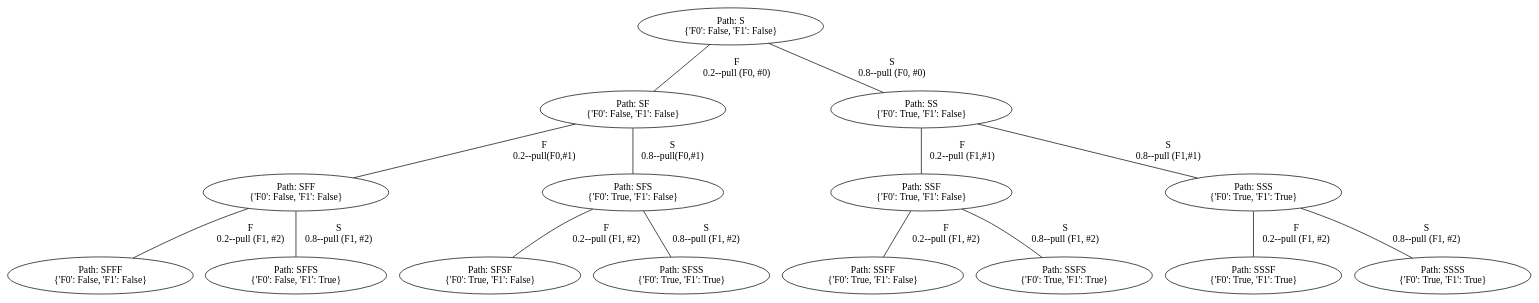
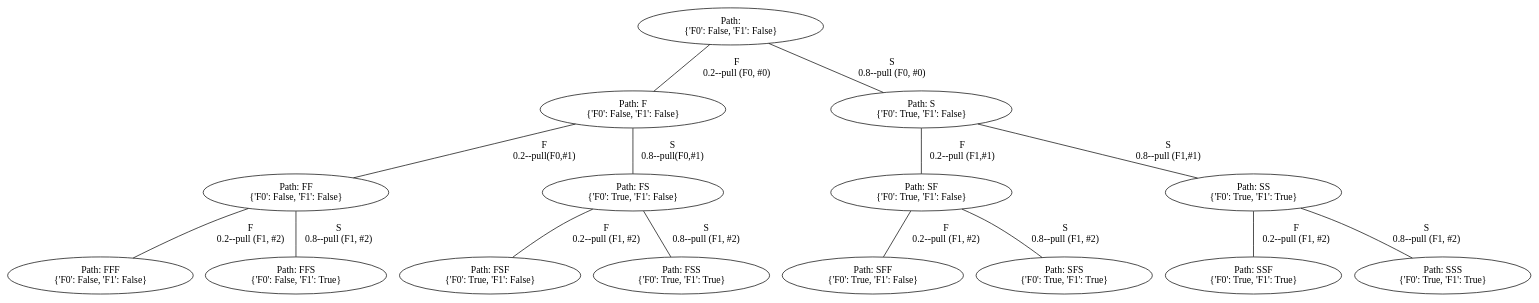
The diagram in G.gv (YasinBoloorchi/WARP-Simulator), drawn with Graphviz before and after one commit. The commit also changed 2 other files, not shown here.

Commit message:
Correcting the path id and update path in each visualize_tree_helper call.

```diff
--- a/G.gv
+++ b/G.gv
@@ -1,81 +1,88 @@
 graph G {
+	"" [label="Path: 
+{'F0': False, 'F1': False}"]
+	F [label="Path: 
+{'F0': False, 'F1': False}"]
+	"" -- F [label="F
+0.2--pull (F0, #0)"]
+	F [label="Path: F
+{'F0': False, 'F1': False}"]
+	FF [label="Path: F
+{'F0': False, 'F1': False}"]
+	F -- FF [label="F
+0.2--pull(F0,#1)"]
+	FF [label="Path: FF
+{'F0': False, 'F1': False}"]
+	FFF [label="Path: FF
+{'F0': False, 'F1': False}"]
+	FF -- FFF [label="F
+0.2--pull (F1, #2)"]
+	FFF [label="Path: FFF
+{'F0': False, 'F1': False}"]
+	FFS [label="Path: FF
+{'F0': False, 'F1': False}"]
+	FF -- FFS [label="S
+0.8--pull (F1, #2)"]
+	FFS [label="Path: FFS
+{'F0': False, 'F1': True}"]
+	FS [label="Path: F
+{'F0': False, 'F1': False}"]
+	F -- FS [label="S
+0.8--pull(F0,#1)"]
+	FS [label="Path: FS
+{'F0': True, 'F1': False}"]
+	FSF [label="Path: FS
+{'F0': True, 'F1': False}"]
+	FS -- FSF [label="F
+0.2--pull (F1, #2)"]
+	FSF [label="Path: FSF
+{'F0': True, 'F1': False}"]
+	FSS [label="Path: FS
+{'F0': True, 'F1': False}"]
+	FS -- FSS [label="S
+0.8--pull (F1, #2)"]
+	FSS [label="Path: FSS
+{'F0': True, 'F1': True}"]
+	S [label="Path: 
+{'F0': False, 'F1': False}"]
+	"" -- S [label="S
+0.8--pull (F0, #0)"]
 	S [label="Path: S
-{'F0': False, 'F1': False}"]
-	SF [label="S
-{'F0': False, 'F1': False}"]
+{'F0': True, 'F1': False}"]
+	SF [label="Path: S
+{'F0': True, 'F1': False}"]
 	S -- SF [label="F
-0.2--pull (F0, #0)"]
+0.2--pull (F1,#1)"]
 	SF [label="Path: SF
-{'F0': False, 'F1': False}"]
-	SFF [label="SF
-{'F0': False, 'F1': False}"]
+{'F0': True, 'F1': False}"]
+	SFF [label="Path: SF
+{'F0': True, 'F1': False}"]
 	SF -- SFF [label="F
-0.2--pull(F0,#1)"]
+0.2--pull (F1, #2)"]
 	SFF [label="Path: SFF
-{'F0': False, 'F1': False}"]
-	SFFF [label="SFF
-{'F0': False, 'F1': False}"]
-	SFF -- SFFF [label="F
+{'F0': True, 'F1': False}"]
+	SFS [label="Path: SF
+{'F0': True, 'F1': False}"]
+	SF -- SFS [label="S
+0.8--pull (F1, #2)"]
+	SFS [label="Path: SFS
+{'F0': True, 'F1': True}"]
+	SS [label="Path: S
+{'F0': True, 'F1': False}"]
+	S -- SS [label="S
+0.8--pull (F1,#1)"]
+	SS [label="Path: SS
+{'F0': True, 'F1': True}"]
+	SSF [label="Path: SS
+{'F0': True, 'F1': True}"]
+	SS -- SSF [label="F
 0.2--pull (F1, #2)"]
-	SFFF [label="Path: SFFF
-{'F0': False, 'F1': False}"]
-	SFFS [label="SFF{'F0': False, 'F1': True}"]
-	SFF -- SFFS [label="S
+	SSF [label="Path: SSF
+{'F0': True, 'F1': True}"]
+	SSS [label="Path: SS
+{'F0': True, 'F1': True}"]
+	SS -- SSS [label="S
 0.8--pull (F1, #2)"]
-	SFFS [label="Path: SFFS
-{'F0': False, 'F1': True}"]
-	SFS [label="SF{'F0': True, 'F1': False}"]
-	SF -- SFS [label="S
-0.8--pull(F0,#1)"]
-	SFS [label="Path: SFS
-{'F0': True, 'F1': False}"]
-	SFSF [label="SFS
-{'F0': True, 'F1': False}"]
-	SFS -- SFSF [label="F
-0.2--pull (F1, #2)"]
-	SFSF [label="Path: SFSF
-{'F0': True, 'F1': False}"]
-	SFSS [label="SFS{'F0': True, 'F1': True}"]
-	SFS -- SFSS [label="S
-0.8--pull (F1, #2)"]
-	SFSS [label="Path: SFSS
-{'F0': True, 'F1': True}"]
-	SS [label="S{'F0': True, 'F1': False}"]
-	S -- SS [label="S
-0.8--pull (F0, #0)"]
-	SS [label="Path: SS
-{'F0': True, 'F1': False}"]
-	SSF [label="SS
-{'F0': True, 'F1': False}"]
-	SS -- SSF [label="F
-0.2--pull (F1,#1)"]
-	SSF [label="Path: SSF
-{'F0': True, 'F1': False}"]
-	SSFF [label="SSF
-{'F0': True, 'F1': False}"]
-	SSF -- SSFF [label="F
-0.2--pull (F1, #2)"]
-	SSFF [label="Path: SSFF
-{'F0': True, 'F1': False}"]
-	SSFS [label="SSF{'F0': True, 'F1': True}"]
-	SSF -- SSFS [label="S
-0.8--pull (F1, #2)"]
-	SSFS [label="Path: SSFS
-{'F0': True, 'F1': True}"]
-	SSS [label="SS{'F0': True, 'F1': True}"]
-	SS -- SSS [label="S
-0.8--pull (F1,#1)"]
 	SSS [label="Path: SSS
 {'F0': True, 'F1': True}"]
-	SSSF [label="SSS
-{'F0': True, 'F1': True}"]
-	SSS -- SSSF [label="F
-0.2--pull (F1, #2)"]
-	SSSF [label="Path: SSSF
-{'F0': True, 'F1': True}"]
-	SSSS [label="SSS{'F0': True, 'F1': True}"]
-	SSS -- SSSS [label="S
-0.8--pull (F1, #2)"]
-	SSSS [label="Path: SSSS
-{'F0': True, 'F1': True}"]
 }
```
